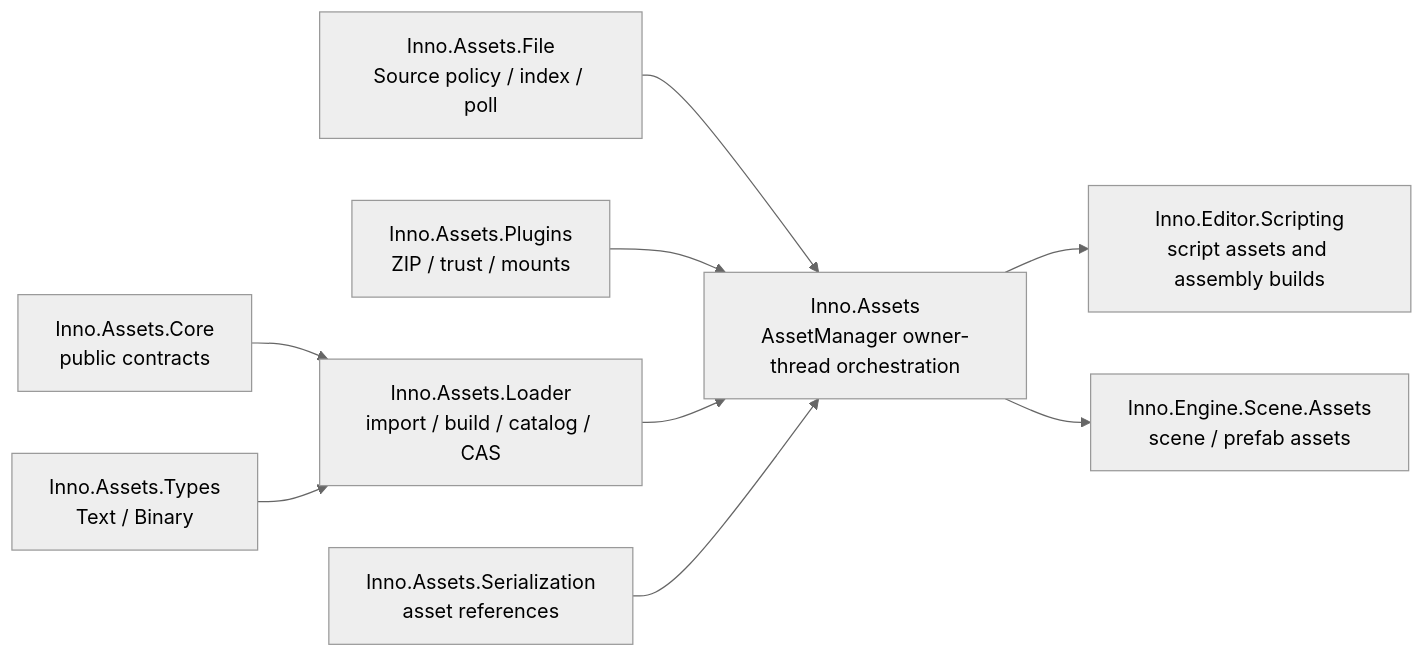
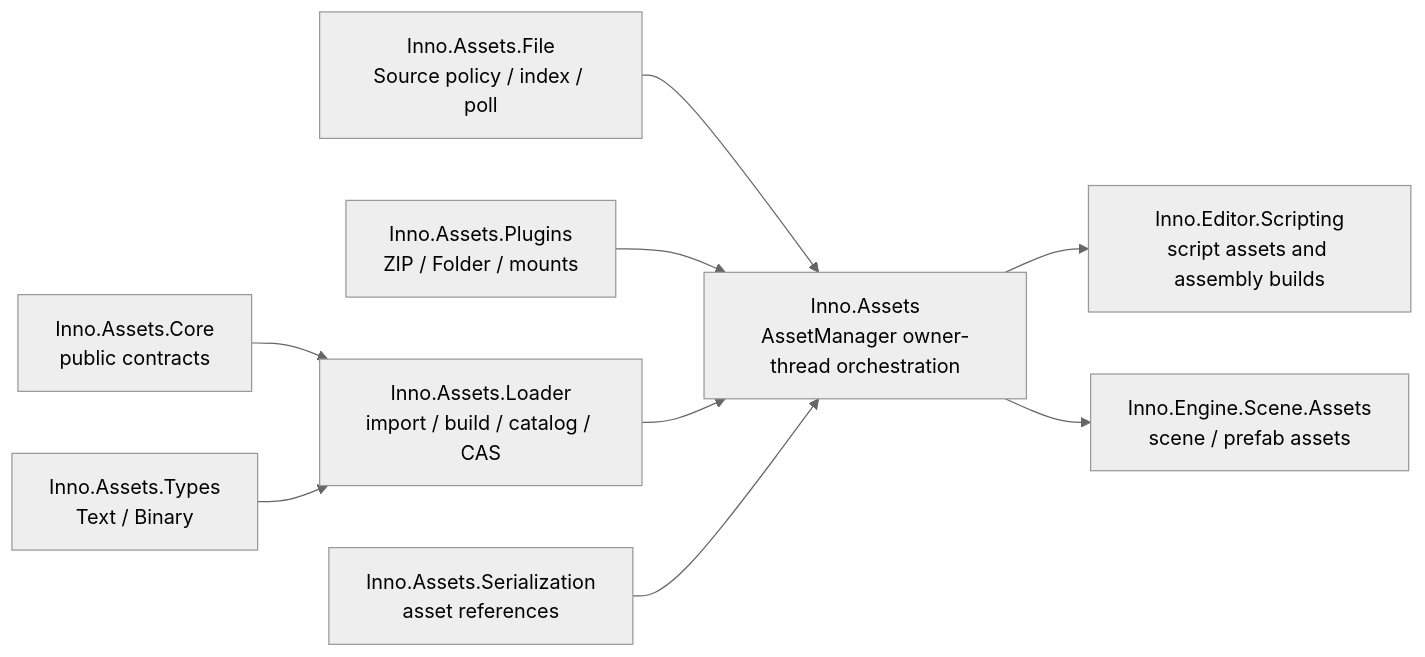
The diagram in docs/assets/README.md (FLwolfy/InnoEngine), drawn with Mermaid (neutral theme) before and after one commit. The commit also changed other lines of this file and 63 other files, not shown here.

Commit message:
Support both zip and folder plugin

````diff
--- a/docs/assets/README.md
+++ b/docs/assets/README.md
@@ -7,11 +7,11 @@
 ```mermaid
 flowchart LR
     FS["Inno.Assets.File<br/>Source policy / index / poll"] --> AM["Inno.Assets<br/>AssetManager owner-thread orchestration"]
-    PLUGIN["Inno.Assets.Plugins<br/>ZIP / trust / mounts"] --> AM
+    PLUGIN["Inno.Assets.Plugins<br/>ZIP / Folder / mounts"] --> AM
     CORE["Inno.Assets.Core<br/>public contracts"] --> LOAD["Inno.Assets.Loader<br/>import / build / catalog / CAS"]
     TYPES["Inno.Assets.Types<br/>Text / Binary"] --> LOAD
     LOAD --> AM
     SER["Inno.Assets.Serialization<br/>asset references"] --> AM
     AM --> SCRIPT["Inno.Editor.Scripting<br/>script assets and assembly builds"]
     AM --> SCENE["Inno.Engine.Scene.Assets<br/>scene / prefab assets"]
 ```
````
